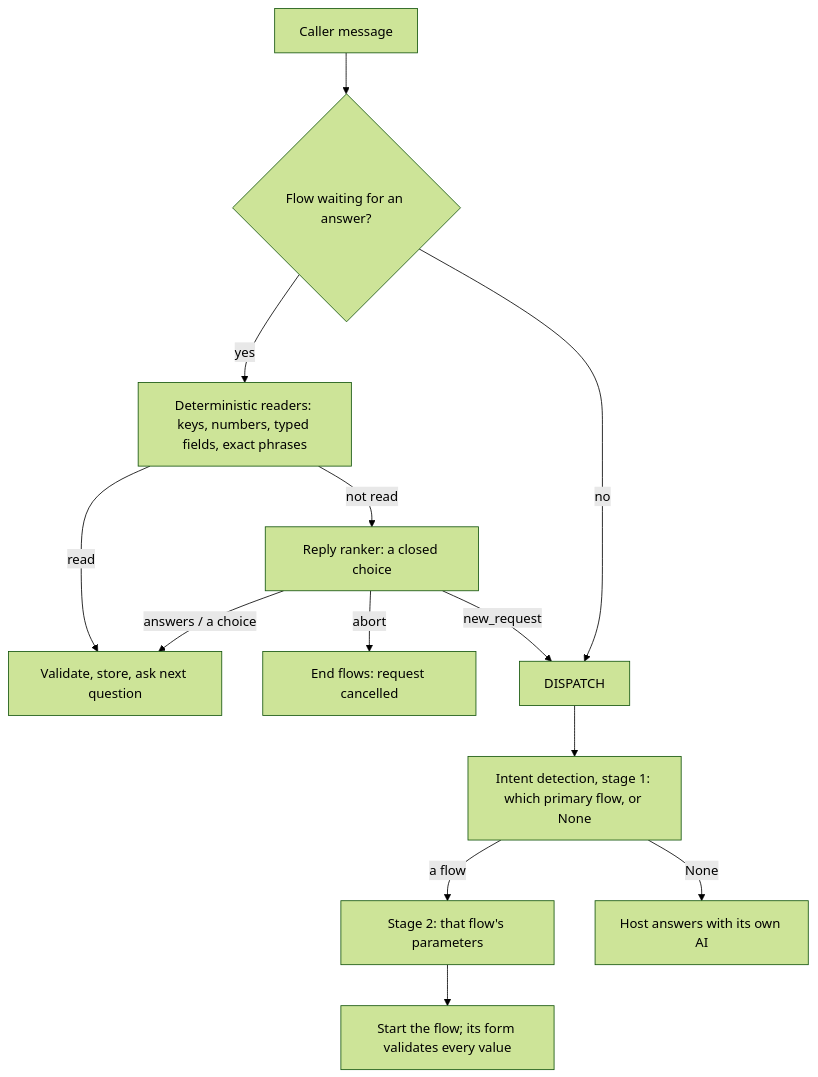
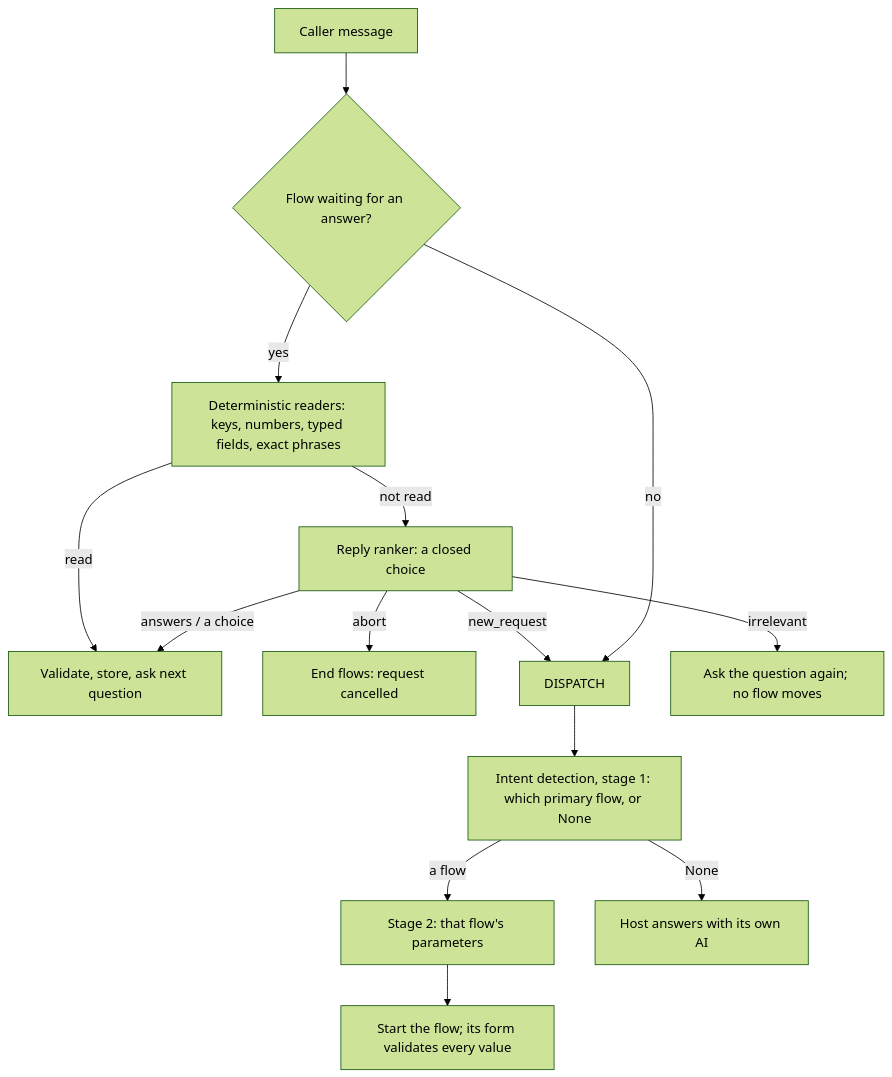
One commit to ronpinkas/jsfe changed the second of 2 diagrams in docs/architecture-guide.md. Above: the diagram before and after it, drawn with Mermaid (forest theme). The commit also changed other lines of this file and 16 other files, not shown here.

````diff
--- a/docs/architecture-guide.md
+++ b/docs/architecture-guide.md
@@ -231,15 +231,16 @@
 ```mermaid
 flowchart TD
    M[Caller message] --> A{Flow waiting for an answer?}
    A -->|yes| R[Deterministic readers: keys, numbers, typed fields, exact phrases]
    R -->|read| V[Validate, store, ask next question]
    R -->|not read| K[Reply ranker: a closed choice]
    K -->|answers / a choice| V
    K -->|abort| X[End flows: request cancelled]
    K -->|new_request| D[DISPATCH]
+   K -->|irrelevant| Q[Ask the question again; no flow moves]
    A -->|no| D
    D --> S1[Intent detection, stage 1: which primary flow, or None]
    S1 -->|a flow| S2[Stage 2: that flow's parameters]
    S2 --> F[Start the flow; its form validates every value]
    S1 -->|None| HA[Host answers with its own AI]
 ```
````
